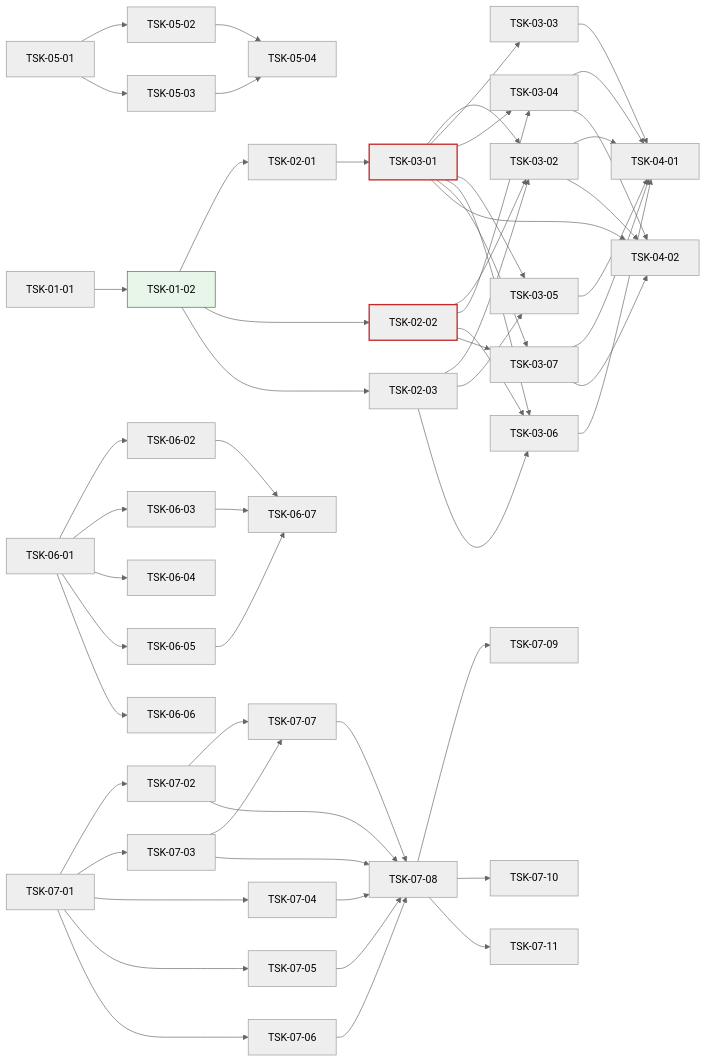
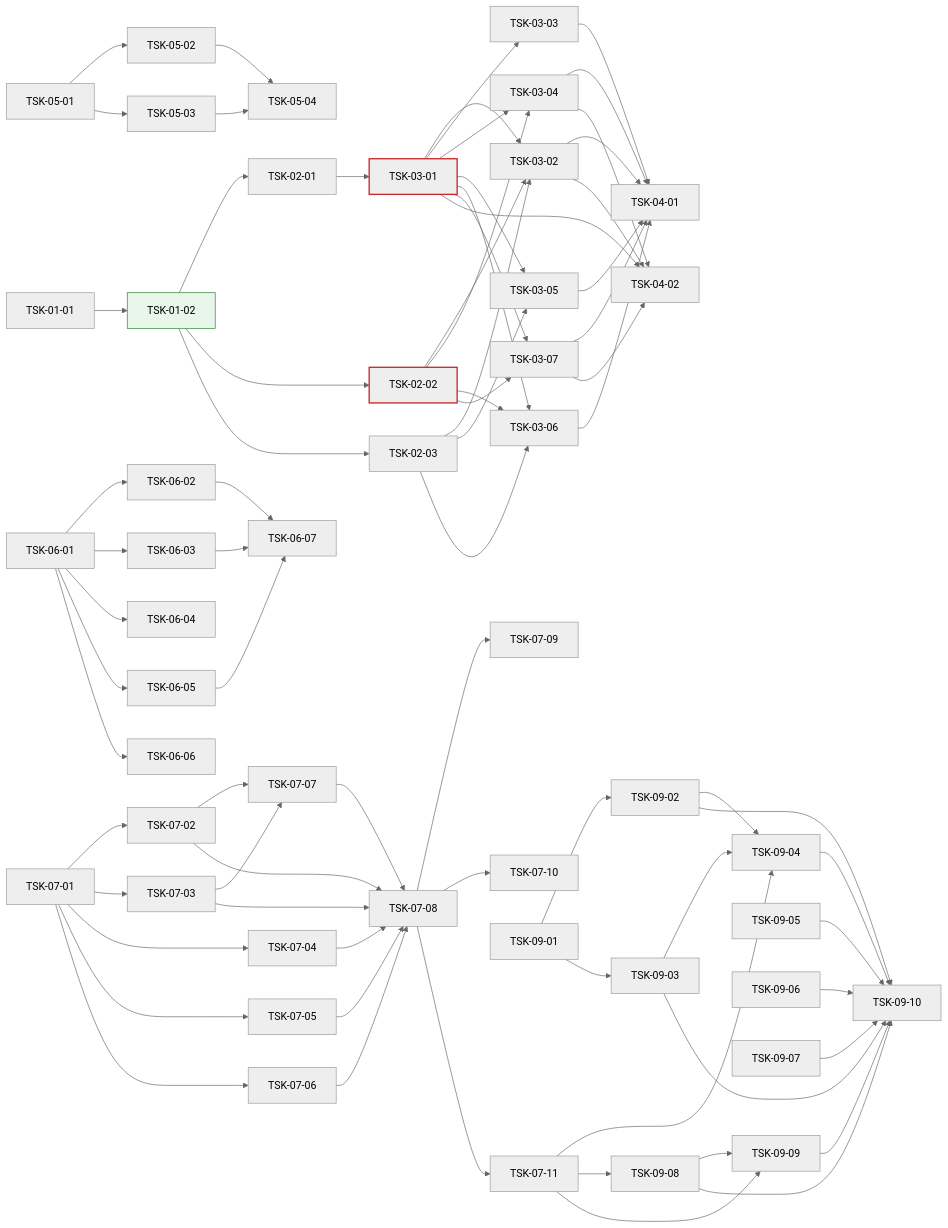
One commit to jongik-sv/oranda changed the diagram in docs/oranda1/wbs.md. Above: the diagram before and after it, drawn with Mermaid (neutral theme). The commit also changed other lines of this file and 4 other files, not shown here.

````diff
--- a/docs/oranda1/wbs.md
+++ b/docs/oranda1/wbs.md
@@ -599,62 +718,78 @@
 ```mermaid
 graph LR
   TSK-01-01 --> TSK-01-02
   TSK-01-02 --> TSK-02-01
   TSK-01-02 --> TSK-02-02
   TSK-01-02 --> TSK-02-03
   TSK-02-01 --> TSK-03-01
   TSK-03-01 --> TSK-03-02
   TSK-02-02 --> TSK-03-02
   TSK-02-03 --> TSK-03-02
   TSK-03-01 --> TSK-03-03
   TSK-03-01 --> TSK-03-04
   TSK-02-02 --> TSK-03-04
   TSK-03-01 --> TSK-03-05
   TSK-02-03 --> TSK-03-05
   TSK-03-01 --> TSK-03-06
   TSK-02-02 --> TSK-03-06
   TSK-02-03 --> TSK-03-06
   TSK-03-01 --> TSK-03-07
   TSK-02-02 --> TSK-03-07
   TSK-03-02 --> TSK-04-01
   TSK-03-03 --> TSK-04-01
   TSK-03-04 --> TSK-04-01
   TSK-03-05 --> TSK-04-01
   TSK-03-06 --> TSK-04-01
   TSK-03-07 --> TSK-04-01
   TSK-03-01 --> TSK-04-02
   TSK-03-02 --> TSK-04-02
   TSK-03-04 --> TSK-04-02
   TSK-03-07 --> TSK-04-02
   TSK-05-01 --> TSK-05-02
   TSK-05-01 --> TSK-05-03
   TSK-05-02 --> TSK-05-04
   TSK-05-03 --> TSK-05-04
   TSK-06-01 --> TSK-06-02
   TSK-06-01 --> TSK-06-03
   TSK-06-01 --> TSK-06-04
   TSK-06-01 --> TSK-06-05
   TSK-06-01 --> TSK-06-06
   TSK-06-02 --> TSK-06-07
   TSK-06-03 --> TSK-06-07
   TSK-06-05 --> TSK-06-07
   TSK-07-01 --> TSK-07-02
   TSK-07-01 --> TSK-07-03
   TSK-07-01 --> TSK-07-04
   TSK-07-01 --> TSK-07-05
   TSK-07-01 --> TSK-07-06
   TSK-07-02 --> TSK-07-07
   TSK-07-03 --> TSK-07-07
   TSK-07-02 --> TSK-07-08
   TSK-07-03 --> TSK-07-08
   TSK-07-04 --> TSK-07-08
   TSK-07-05 --> TSK-07-08
   TSK-07-06 --> TSK-07-08
   TSK-07-07 --> TSK-07-08
   TSK-07-08 --> TSK-07-09
   TSK-07-08 --> TSK-07-10
   TSK-07-08 --> TSK-07-11
+  TSK-09-01 --> TSK-09-02
+  TSK-09-01 --> TSK-09-03
+  TSK-09-02 --> TSK-09-04
+  TSK-09-03 --> TSK-09-04
+  TSK-07-11 --> TSK-09-04
+  TSK-07-11 --> TSK-09-08
+  TSK-07-11 --> TSK-09-09
+  TSK-09-08 --> TSK-09-09
+  TSK-09-02 --> TSK-09-10
+  TSK-09-03 --> TSK-09-10
+  TSK-09-04 --> TSK-09-10
+  TSK-09-05 --> TSK-09-10
+  TSK-09-06 --> TSK-09-10
+  TSK-09-07 --> TSK-09-10
+  TSK-09-08 --> TSK-09-10
+  TSK-09-09 --> TSK-09-10
   style TSK-01-02 fill:#e8f5e9,stroke:#2e7d32
   style TSK-03-01 stroke:#c62828,stroke-width:2px
   style TSK-02-02 stroke:#c62828,stroke-width:2px
 ```
````
